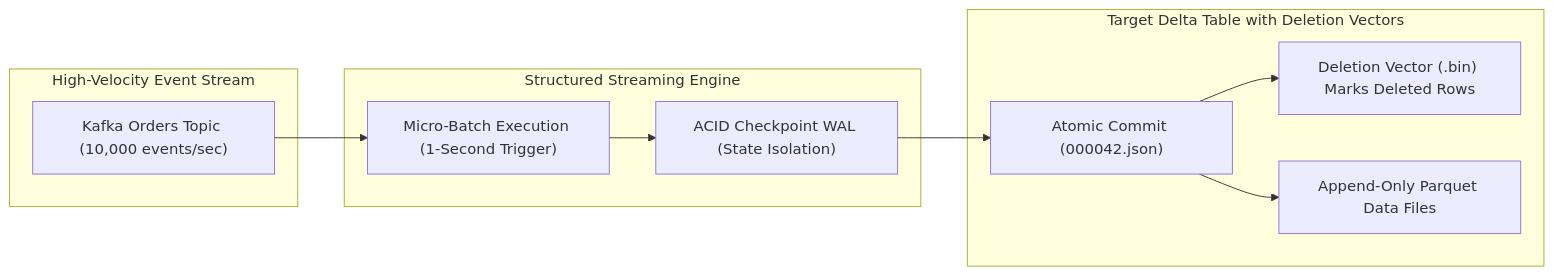
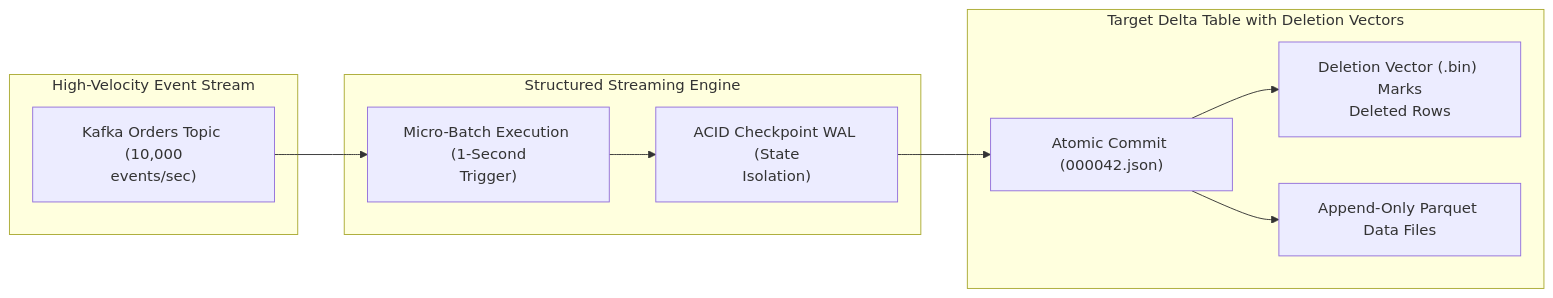
The second of 2 diagrams in architectures/04_stream_to_lakehouse_exactly_once_mechanics.md (santoshjammi29/streaming-handbook), drawn with Mermaid before and after one commit. The commit also changed other lines of this file and 11 other files, not shown here.

Commit message:
fix(diagrams): word-wrap labels and escape comparison operators across all diagrams

````diff
--- a/architectures/04_stream_to_lakehouse_exactly_once_mechanics.md
+++ b/architectures/04_stream_to_lakehouse_exactly_once_mechanics.md
@@ -91,20 +91,20 @@
 ```mermaid
 flowchart LR
     subgraph StreamSource["High-Velocity Event Stream"]
-        Kafka["Kafka Orders Topic (10,000 events/sec)"]
+        Kafka["Kafka Orders Topic (10,000<br/>events/sec)"]
     end
 
     subgraph StreamEngine["Structured Streaming Engine"]
-        Engine["Micro-Batch Execution (1-Second Trigger)"]
-        Checkpoint["ACID Checkpoint WAL (State Isolation)"]
+        Engine["Micro-Batch Execution (1-Second<br/>Trigger)"]
+        Checkpoint["ACID Checkpoint WAL (State<br/>Isolation)"]
     end
 
     subgraph LakehouseStorage["Target Delta Table with Deletion Vectors"]
         DeltaCommit["Atomic Commit (000042.json)"]
-        RoaringBitmap["Deletion Vector (.bin) Marks Deleted Rows"]
+        RoaringBitmap["Deletion Vector (.bin) Marks<br/>Deleted Rows"]
         ParquetAppend["Append-Only Parquet Data Files"]
     end
 
     Kafka --> Engine --> Checkpoint --> DeltaCommit
     DeltaCommit --> RoaringBitmap & ParquetAppend
 ```
````
